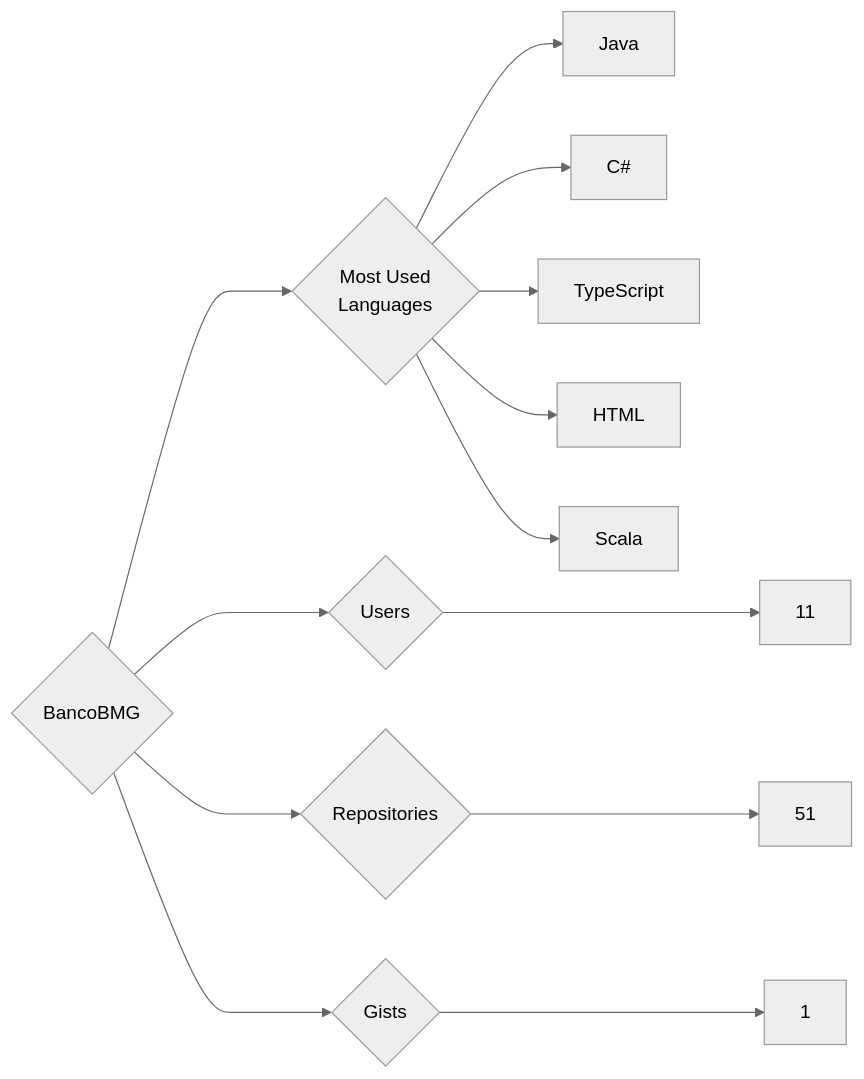
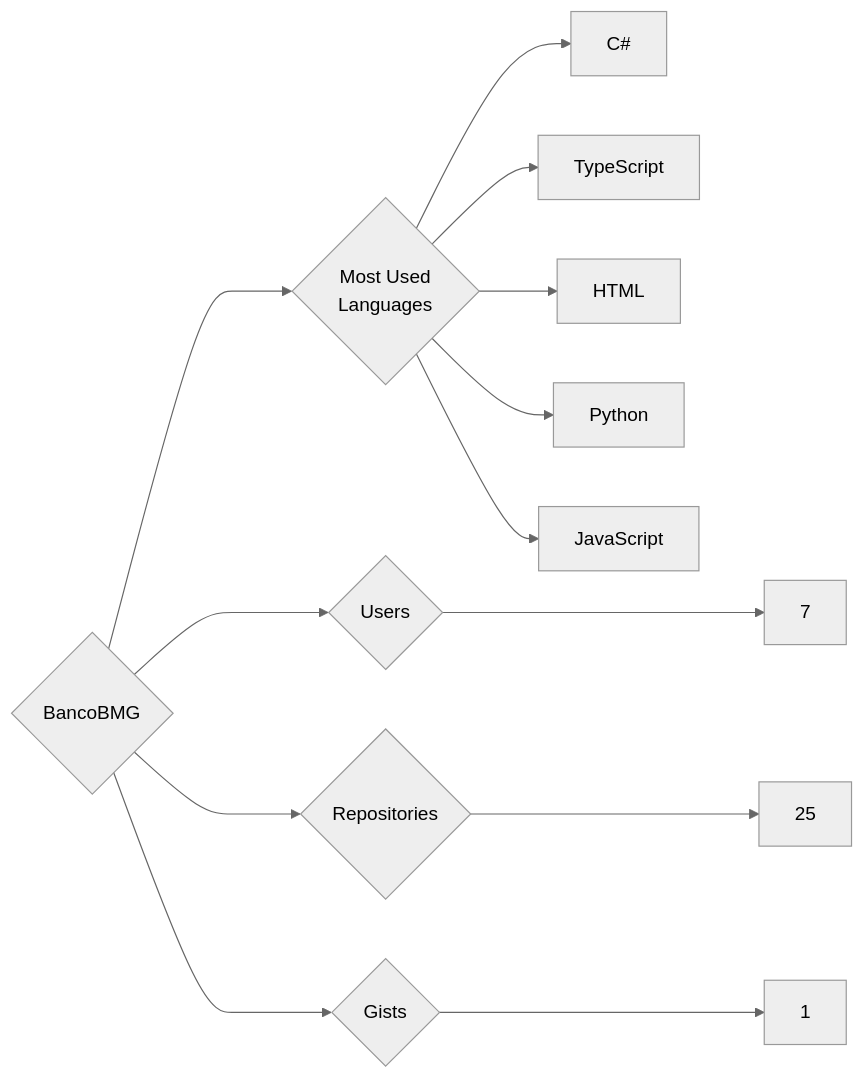
One commit to trickest/insiders changed the diagram in targets/BancoBMG/README.md. Above: the diagram before and after it, drawn with Mermaid (neutral theme). The commit also changed 1238 other files, not shown here.

````diff
--- a/targets/BancoBMG/README.md
+++ b/targets/BancoBMG/README.md
@@ -3,13 +3,13 @@
 ```mermaid
 graph LR
 COMPANY_NAME{BancoBMG}
-COMPANY_NAME ---> U{Users} ---> UN[11]
-COMPANY_NAME ---> R{Repositories} ---> RN[51]
+COMPANY_NAME ---> U{Users} ---> UN[7]
+COMPANY_NAME ---> R{Repositories} ---> RN[25]
 COMPANY_NAME ---> G{Gists} ---> GN[1]
 COMPANY_NAME ---> ML{Most Used<br>Languages}
-ML --> Java[Java]
 ML --> C#[C#]
 ML --> TypeScript[TypeScript]
 ML --> HTML[HTML]
-ML --> Scala[Scala]
+ML --> Python[Python]
+ML --> JavaScript[JavaScript]
 ```
````
